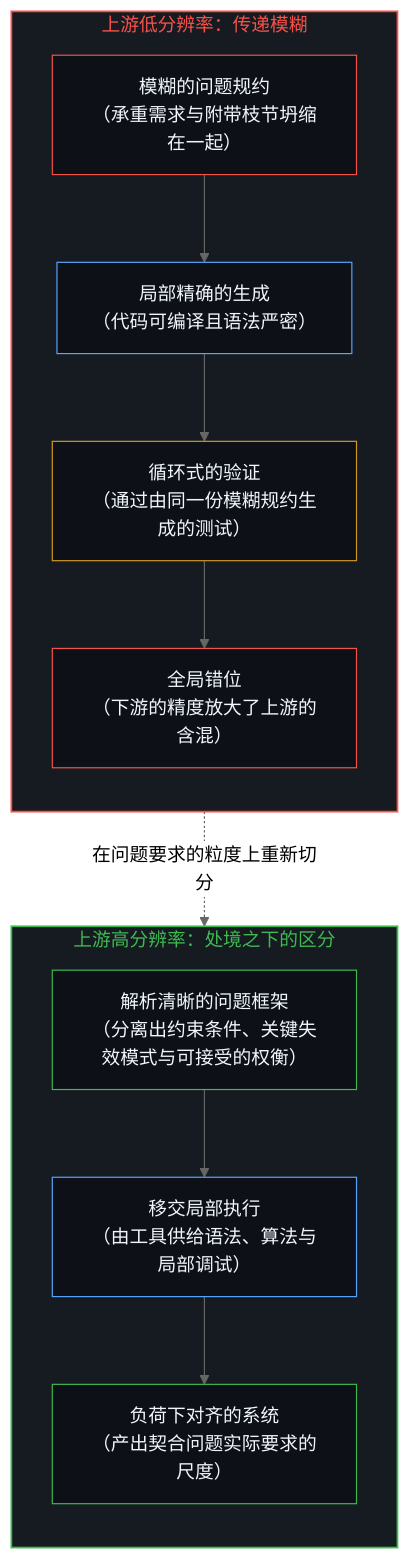
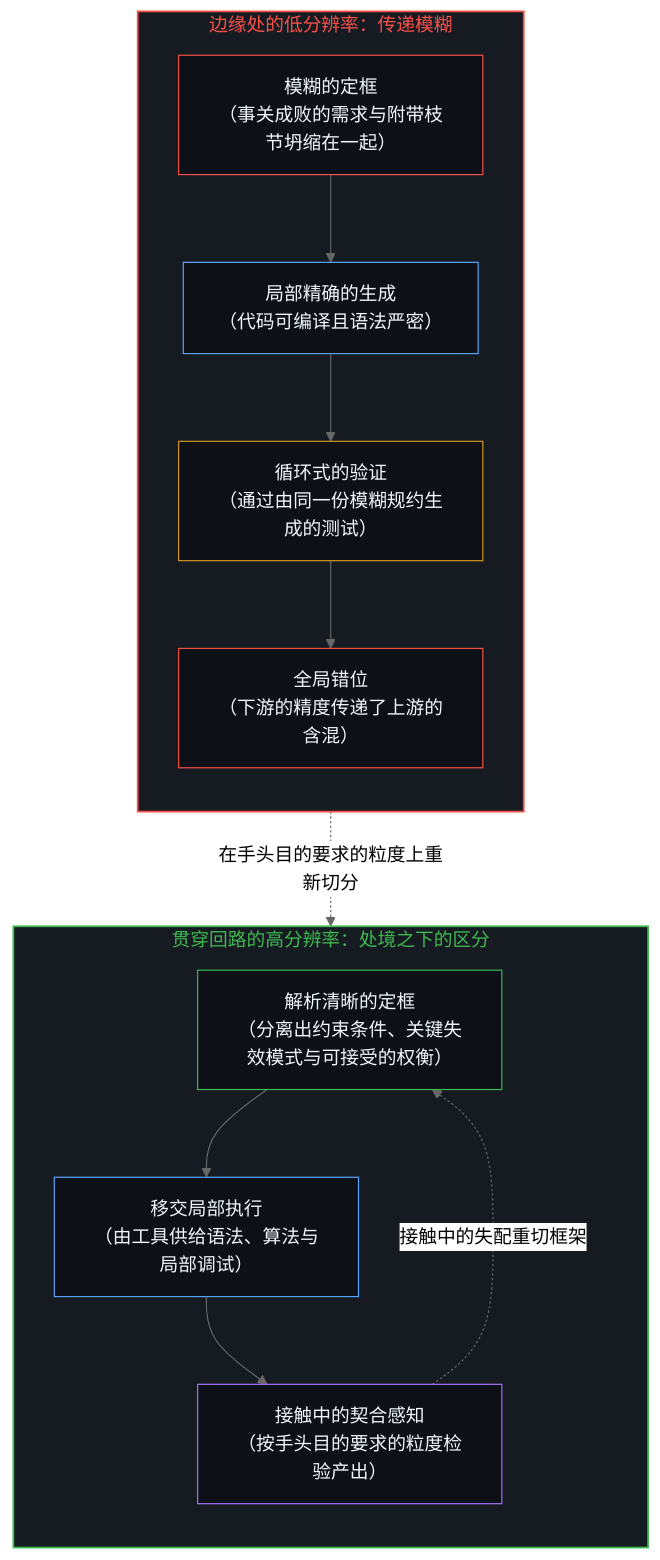
Before and after one commit to powerpig99/not-a-toe: the first of 4 diagrams in content/posts/precision-and-resolution.md, drawn with Mermaid (neutral theme). The commit also changed other lines of this file and 2 other files, not shown here.

````diff
--- a/content/posts/precision-and-resolution.md
+++ b/content/posts/precision-and-resolution.md
@@ -17,28 +17,29 @@
 ```mermaid
 flowchart TD
-    subgraph S_Low["上游低分辨率：传递模糊"]
+    subgraph S_Low["边缘处的低分辨率：传递模糊"]
         direction TB
-        L_Spec["模糊的问题规约<br/>（承重需求与附带枝节坍缩在一起）"]
+        L_Spec["模糊的定框<br/>（事关成败的需求与附带枝节坍缩在一起）"]
         L_Gen["局部精确的生成<br/>（代码可编译且语法严密）"]
         L_Test["循环式的验证<br/>（通过由同一份模糊规约生成的测试）"]
-        L_Mis["全局错位<br/>（下游的精度放大了上游的含混）"]
+        L_Mis["全局错位<br/>（下游的精度传递了上游的含混）"]
         L_Spec --> L_Gen --> L_Test --> L_Mis
     end
-    subgraph S_High["上游高分辨率：处境之下的区分"]
+    subgraph S_High["贯穿回路的高分辨率：处境之下的区分"]
         direction TB
-        H_Spec["解析清晰的问题框架<br/>（分离出约束条件、关键失效模式与可接受的权衡）"]
+        H_Spec["解析清晰的定框<br/>（分离出约束条件、关键失效模式与可接受的权衡）"]
         H_Del["移交局部执行<br/>（由工具供给语法、算法与局部调试）"]
-        H_Fit["负荷下对齐的系统<br/>（产出契合问题实际要求的尺度）"]
+        H_Fit["接触中的契合感知<br/>（按手头目的要求的粒度检验产出）"]
         H_Spec --> H_Del --> H_Fit
+        H_Fit -.->|"接触中的失配重切框架"| H_Spec
     end
-    L_Spec -.->|"在问题要求的粒度上重新切分"| H_Spec
+    L_Mis -.->|"在手头目的要求的粒度上重新切分"| H_Spec
     style S_Low fill:#161b22,stroke:#f85149,stroke-width:1.5px,color:#f85149
     style S_High fill:#161b22,stroke:#3fb950,stroke-width:1.5px,color:#3fb950
     style L_Spec fill:#0d1117,stroke:#f85149,stroke-width:1px,color:#f0f6fc
     style L_Gen fill:#0d1117,stroke:#58a6ff,stroke-width:1px,color:#f0f6fc
     style L_Test fill:#0d1117,stroke:#d29922,stroke-width:1px,color:#f0f6fc
     style L_Mis fill:#0d1117,stroke:#f85149,stroke-width:1px,color:#f0f6fc
     style H_Spec fill:#0d1117,stroke:#3fb950,stroke-width:1px,color:#f0f6fc
     style H_Del fill:#0d1117,stroke:#58a6ff,stroke-width:1px,color:#f0f6fc
-    style H_Fit fill:#0d1117,stroke:#3fb950,stroke-width:1px,color:#f0f6fc
+    style H_Fit fill:#0d1117,stroke:#a371f7,stroke-width:1px,color:#f0f6fc
 ```
````
